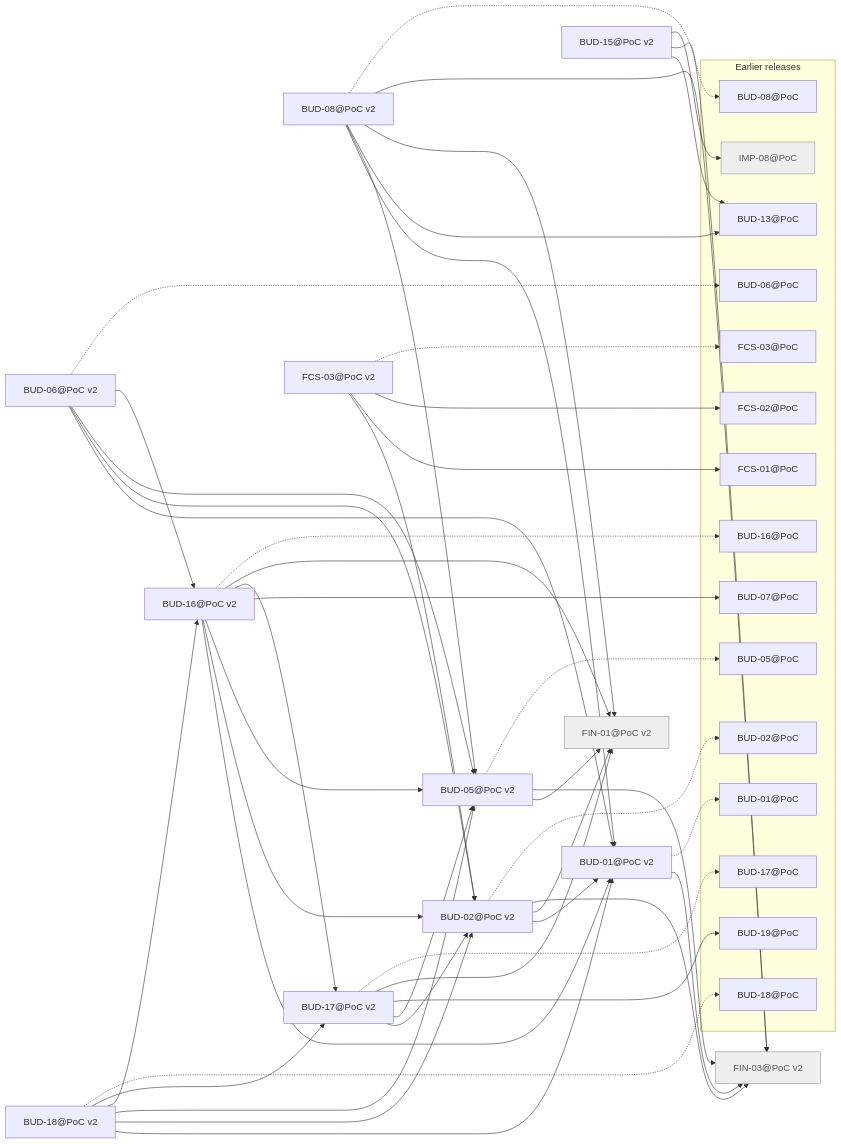
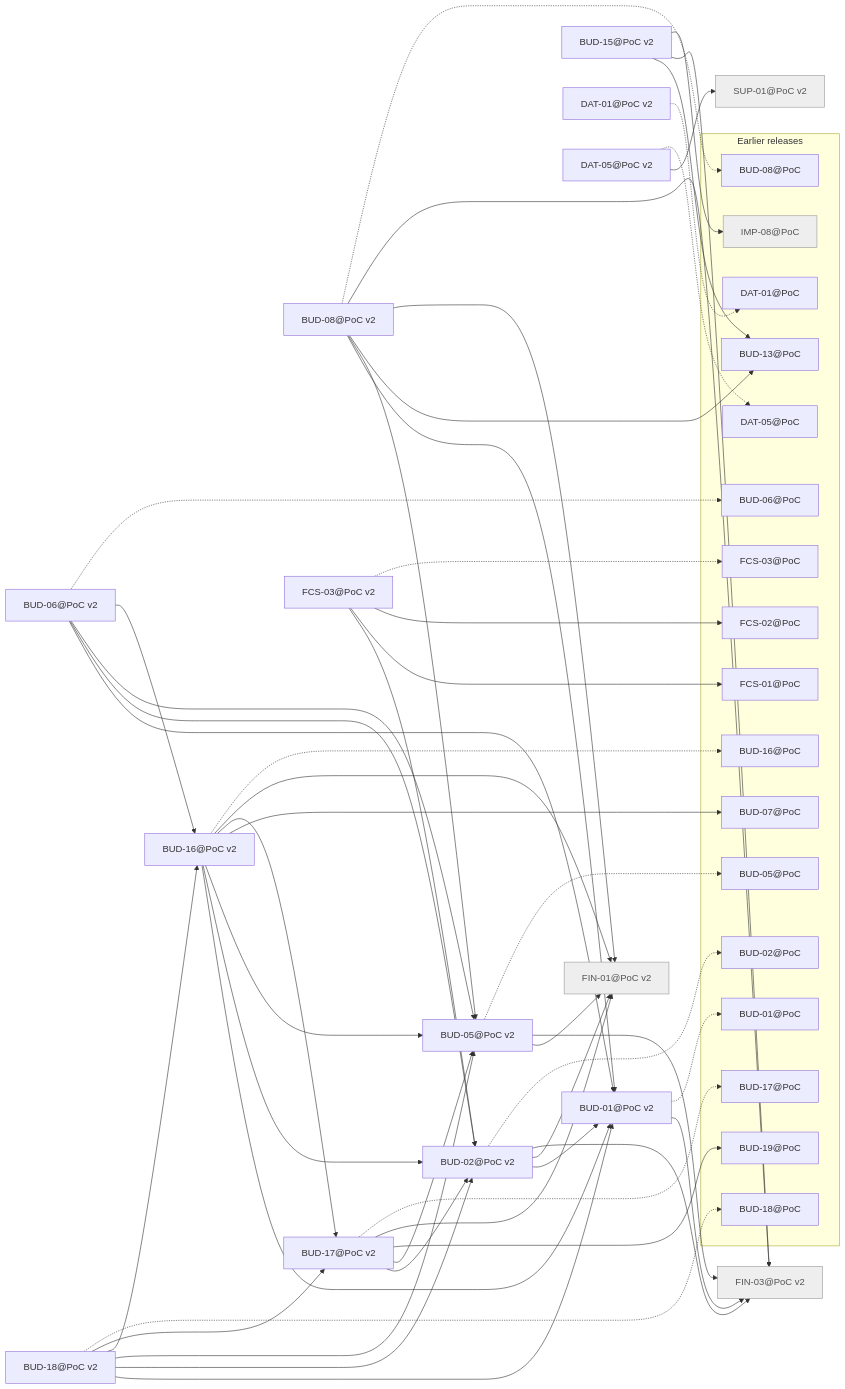
One commit to minakovval/Willowsum changed the diagram in docs/traceability/release-poc-v2.md. Above: the diagram before and after it, drawn with Mermaid. The commit also changed other lines of this file and 34 other files, not shown here.

````diff
--- a/docs/traceability/release-poc-v2.md
+++ b/docs/traceability/release-poc-v2.md
@@ -34,9 +36,12 @@
   BUD_16_PoC_v2["BUD-16@PoC v2"]
   BUD_17_PoC_v2["BUD-17@PoC v2"]
   BUD_18_PoC_v2["BUD-18@PoC v2"]
+  DAT_01_PoC_v2["DAT-01@PoC v2"]
+  DAT_05_PoC_v2["DAT-05@PoC v2"]
   FCS_03_PoC_v2["FCS-03@PoC v2"]
   FIN_01_PoC_v2["FIN-01@PoC v2"]
   FIN_03_PoC_v2["FIN-03@PoC v2"]
+  SUP_01_PoC_v2["SUP-01@PoC v2"]
   subgraph earlier["Earlier releases"]
     BUD_01_PoC["BUD-01@PoC"]
     BUD_02_PoC["BUD-02@PoC"]
@@ -49,6 +54,8 @@
     BUD_17_PoC["BUD-17@PoC"]
     BUD_18_PoC["BUD-18@PoC"]
     BUD_19_PoC["BUD-19@PoC"]
+    DAT_01_PoC["DAT-01@PoC"]
+    DAT_05_PoC["DAT-05@PoC"]
     FCS_01_PoC["FCS-01@PoC"]
     FCS_02_PoC["FCS-02@PoC"]
     FCS_03_PoC["FCS-03@PoC"]
@@ -95,10 +102,13 @@
   BUD_18_PoC_v2 --> BUD_16_PoC_v2
   BUD_18_PoC_v2 --> BUD_17_PoC_v2
   BUD_18_PoC_v2 -.-> BUD_18_PoC
+  DAT_01_PoC_v2 -.-> DAT_01_PoC
+  DAT_05_PoC_v2 --> SUP_01_PoC_v2
+  DAT_05_PoC_v2 -.-> DAT_05_PoC
   FCS_03_PoC_v2 --> BUD_02_PoC_v2
   FCS_03_PoC_v2 --> FCS_01_PoC
   FCS_03_PoC_v2 --> FCS_02_PoC
   FCS_03_PoC_v2 -.-> FCS_03_PoC
   classDef notMigrated fill:#eee,stroke:#999,color:#555
-  class FIN_01_PoC_v2,FIN_03_PoC_v2,IMP_08_PoC notMigrated
+  class FIN_01_PoC_v2,FIN_03_PoC_v2,IMP_08_PoC,SUP_01_PoC_v2 notMigrated
 ```
````
